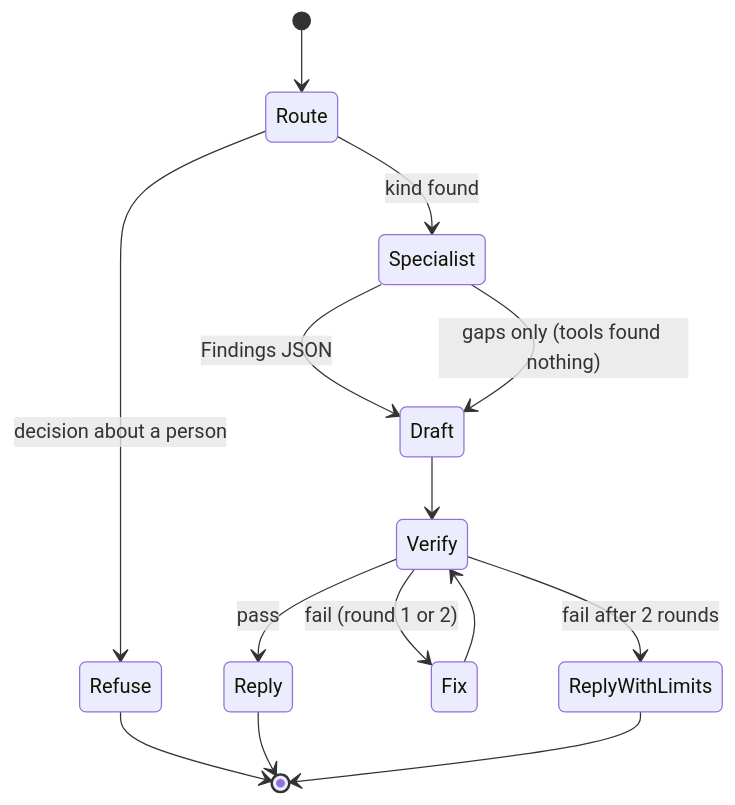
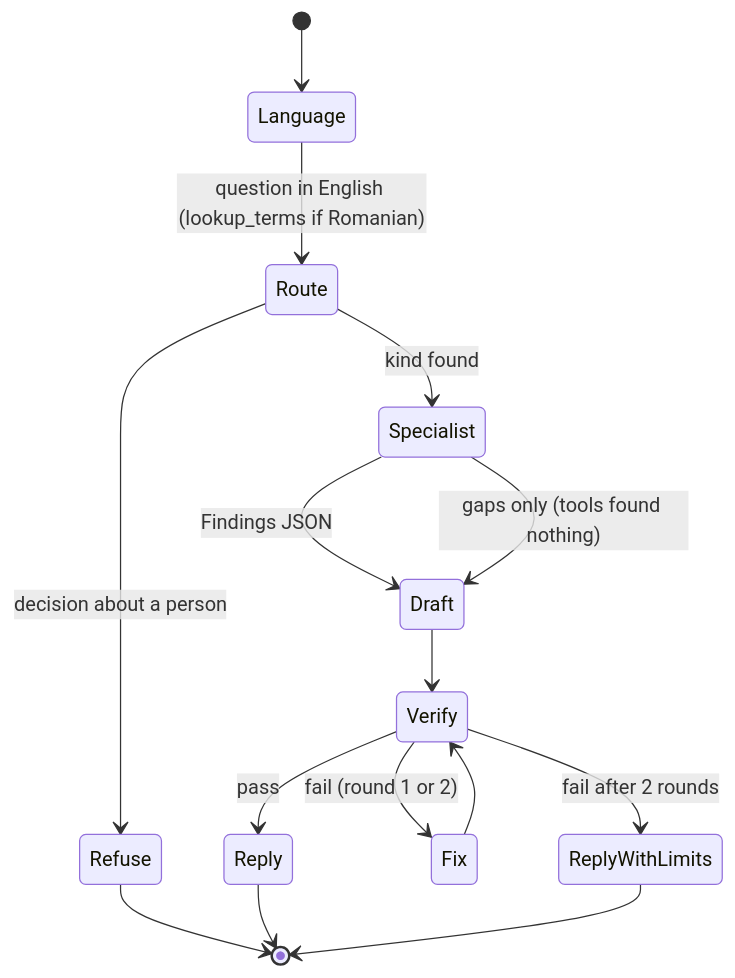
The second of 4 diagrams in architecture/design/agents.md (florinmarcus/builders_lab), drawn with Mermaid before and after one commit. The commit also changed other lines of this file and 20 other files, not shown here.

First line of the commit message:
Language and voice (ADR 0012): terminology layer (glossary as data + lookup_terms tool, Romanian word endings, mismatch flags), bilingual verify_answer, server instructions v3, speak-first chunks, English drafts; plugin rules, workflow and app instructions updated

````diff
--- a/architecture/design/agents.md
+++ b/architecture/design/agents.md
@@ -45,16 +45,17 @@
 ```mermaid
 stateDiagram-v2
-    [*] --> Route
+    [*] --> Language
+    Language --> Route: question in English (lookup_terms if Romanian)
     Route --> Refuse: decision about a person
     Route --> Specialist: kind found
     Specialist --> Draft: Findings JSON
     Specialist --> Draft: gaps only (tools found nothing)
     Draft --> Verify
     Verify --> Reply: pass
     Verify --> Fix: fail (round 1 or 2)
     Fix --> Verify
     Verify --> ReplyWithLimits: fail after 2 rounds
     Refuse --> [*]
     Reply --> [*]
     ReplyWithLimits --> [*]
 ```
````
